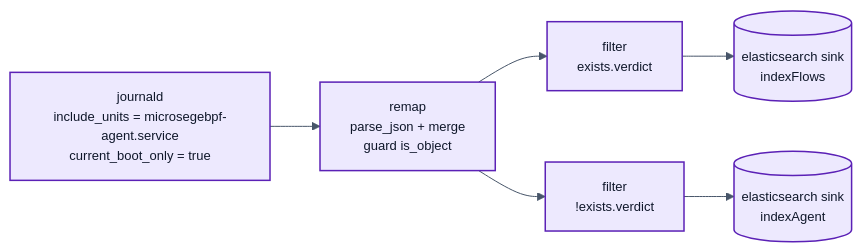
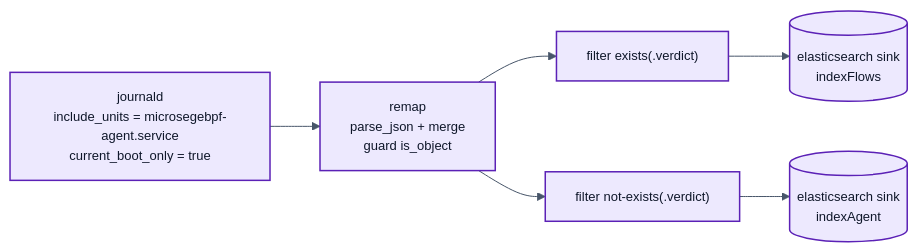
One commit to aambert/nixos-microsegebpf changed the second of 3 diagrams in ARCHITECTURE.fr.md. Above: the diagram before and after it, drawn with Mermaid. The commit also changed other lines of this file and 3 other files, not shown here.

First line of the commit message:
docs: fix Mermaid parse errors — quote labels with (), {}, |, etc.

````diff
--- a/ARCHITECTURE.fr.md
+++ b/ARCHITECTURE.fr.md
@@ -814,15 +814,15 @@
 ```mermaid
 %%{init: {'theme':'base','themeVariables':{'primaryColor':'#FFFFFF','primaryTextColor':'#0F172A','primaryBorderColor':'#475569','lineColor':'#475569','fontFamily':'monospace','fontSize':'13px'}}}%%
 flowchart LR
-  J[journald<br/>include_units = microsegebpf-agent.service<br/>current_boot_only = true]
-  R[remap<br/>parse_json + merge<br/>guard is_object]
-  FF[filter<br/>exists.verdict]
-  FA[filter<br/>!exists.verdict]
-  SF[(elasticsearch sink<br/>indexFlows)]
-  SA[(elasticsearch sink<br/>indexAgent)]
+  J["journald<br/>include_units = microsegebpf-agent.service<br/>current_boot_only = true"]
+  R["remap<br/>parse_json + merge<br/>guard is_object"]
+  FF["filter exists(.verdict)"]
+  FA["filter not-exists(.verdict)"]
+  SF[("elasticsearch sink<br/>indexFlows")]
+  SA[("elasticsearch sink<br/>indexAgent")]
   J --> R
   R --> FF --> SF
   R --> FA --> SA
   classDef vec fill:#EDE9FE,stroke:#5B21B6,stroke-width:1.5px
   class J,R,FF,FA,SF,SA vec
 ```
````
